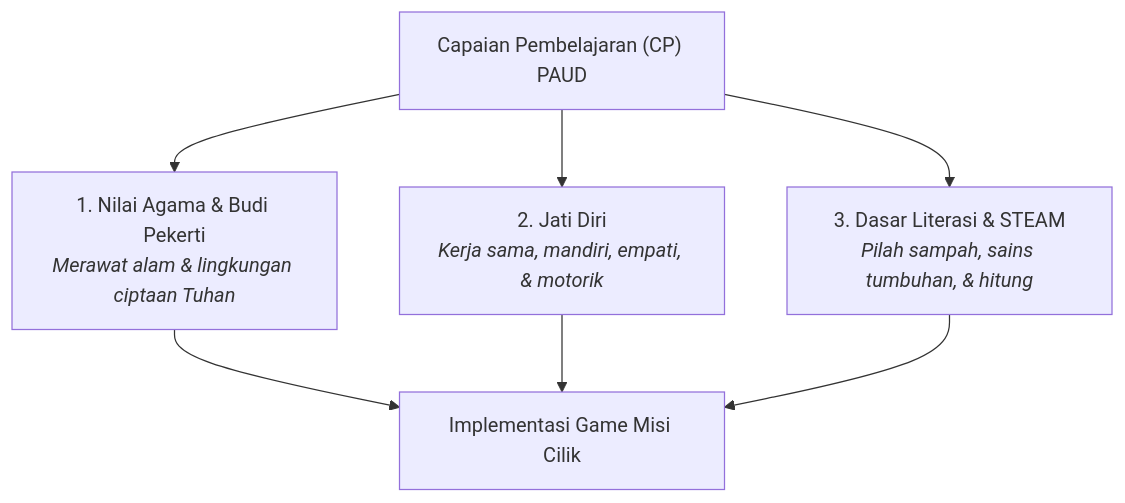
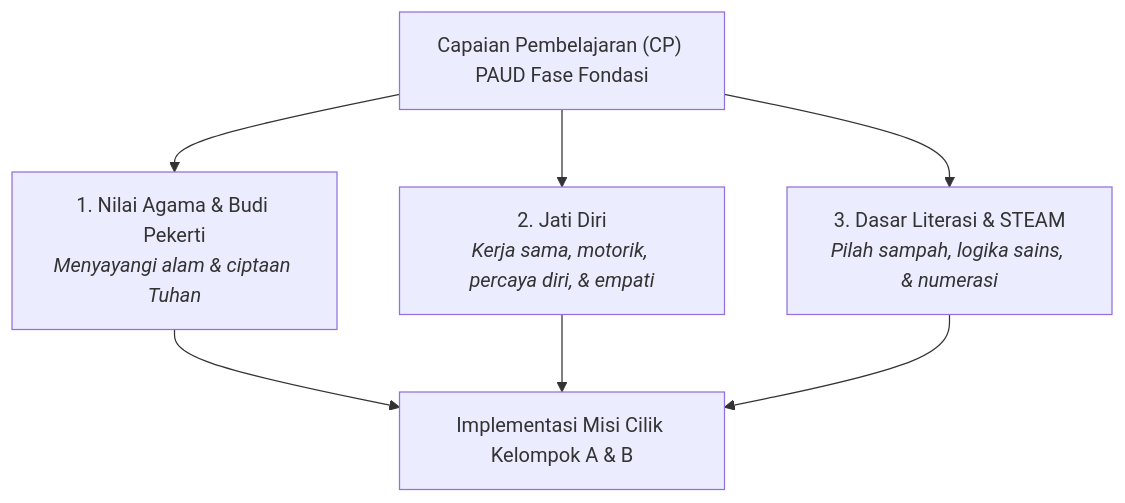
One commit to bud1purwanto/Misi-Cilik-Games-Edukasi changed the diagram in docs/02_kurikulum/kurikulum_paud.md. Above: the diagram before and after it, drawn with Mermaid. The commit also changed other lines of this file and 7 other files, not shown here.

````diff
--- a/docs/02_kurikulum/kurikulum_paud.md
+++ b/docs/02_kurikulum/kurikulum_paud.md
@@ -11,12 +11,12 @@
 ```mermaid
 graph TD
-    CP["Capaian Pembelajaran (CP) PAUD"]
+    CP["Capaian Pembelajaran (CP) PAUD Fase Fondasi"]
     
-    CP --> E1["1. Nilai Agama & Budi Pekerti<br><i>Merawat alam & lingkungan ciptaan Tuhan</i>"]
-    CP --> E2["2. Jati Diri<br><i>Kerja sama, mandiri, empati, & motorik</i>"]
-    CP --> E3["3. Dasar Literasi & STEAM<br><i>Pilah sampah, sains tumbuhan, & hitung</i>"]
+    CP --> E1["1. Nilai Agama & Budi Pekerti<br><i>Menyayangi alam & ciptaan Tuhan</i>"]
+    CP --> E2["2. Jati Diri<br><i>Kerja sama, motorik, percaya diri, & empati</i>"]
+    CP --> E3["3. Dasar Literasi & STEAM<br><i>Pilah sampah, logika sains, & numerasi</i>"]
 
-    E1 --> G["Implementasi Game Misi Cilik"]
+    E1 --> G["Implementasi Misi Cilik Kelompok A & B"]
     E2 --> G
     E3 --> G
 ```
````
